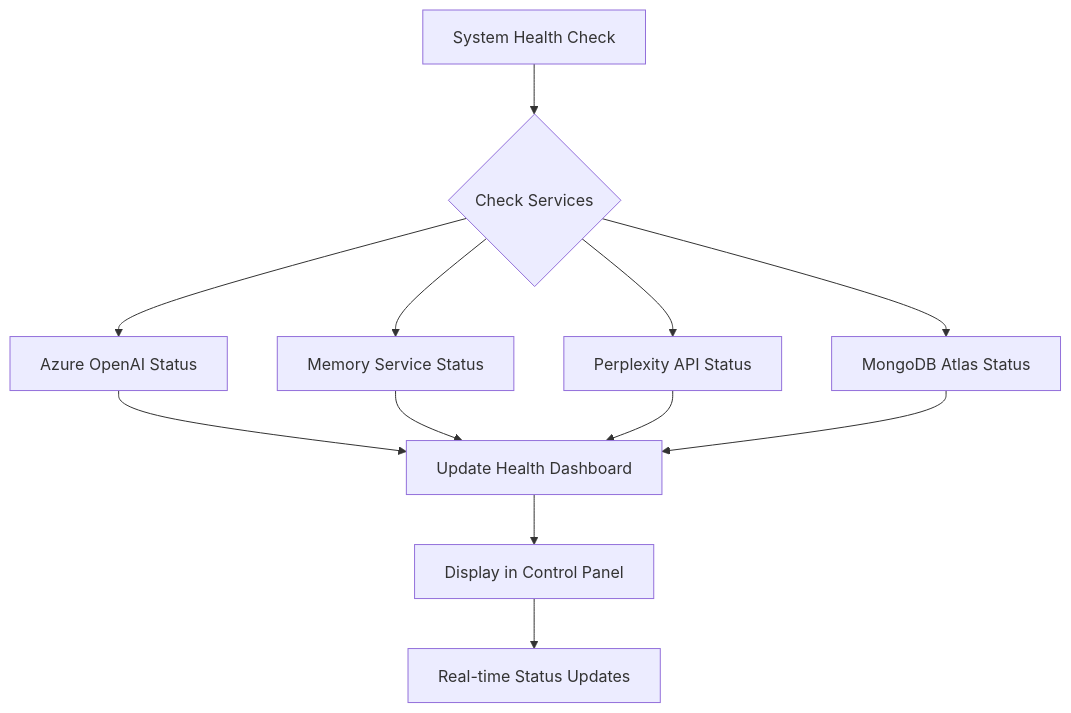
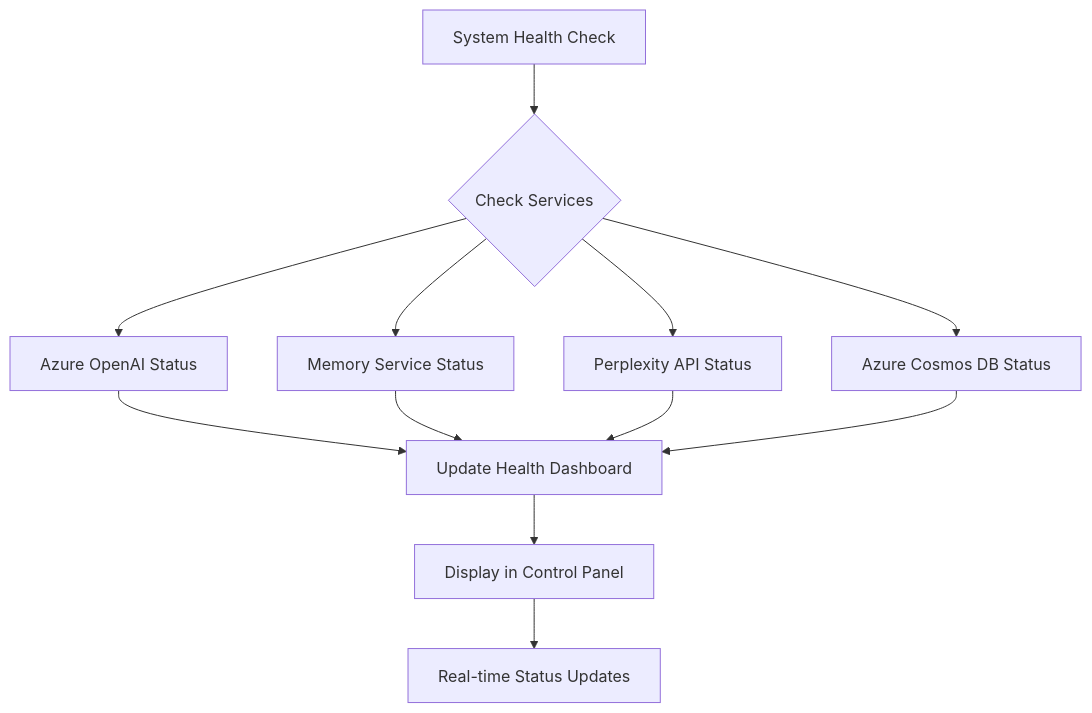
One commit to zimaxnet/orb-game changed the fifth of 5 diagrams in backend-flow-diagram.md. Above: the diagram before and after it, drawn with Mermaid. The commit also changed other lines of this file and 17 other files, not shown here.

````diff
--- a/backend-flow-diagram.md
+++ b/backend-flow-diagram.md
@@ -224,16 +224,16 @@
 ```mermaid
 flowchart TD
     A[System Health Check] --> B{Check Services}
     B --> C[Azure OpenAI Status]
     B --> D[Memory Service Status]
     B --> E[Perplexity API Status]
-    B --> F[MongoDB Atlas Status]
+    B --> F[Azure Cosmos DB Status]
     
     C --> G[Update Health Dashboard]
     D --> G
     E --> G
     F --> G
     
     G --> H[Display in Control Panel]
     H --> I[Real-time Status Updates]
 ```
````
